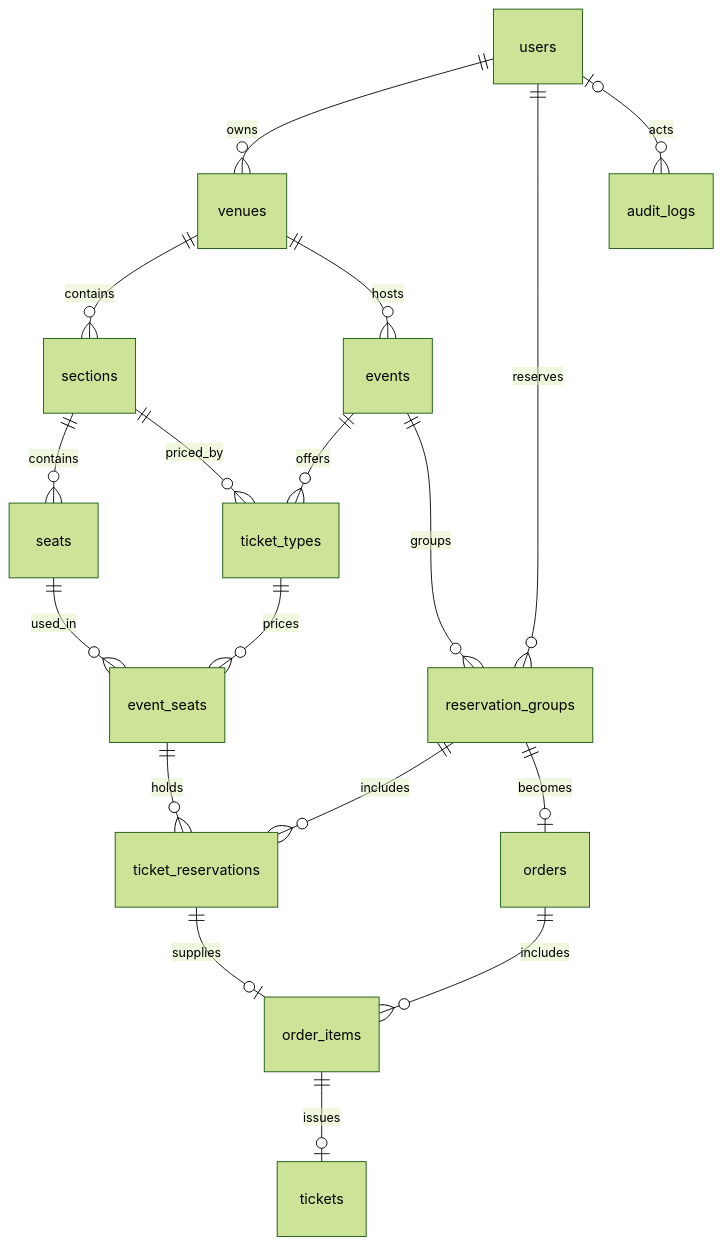
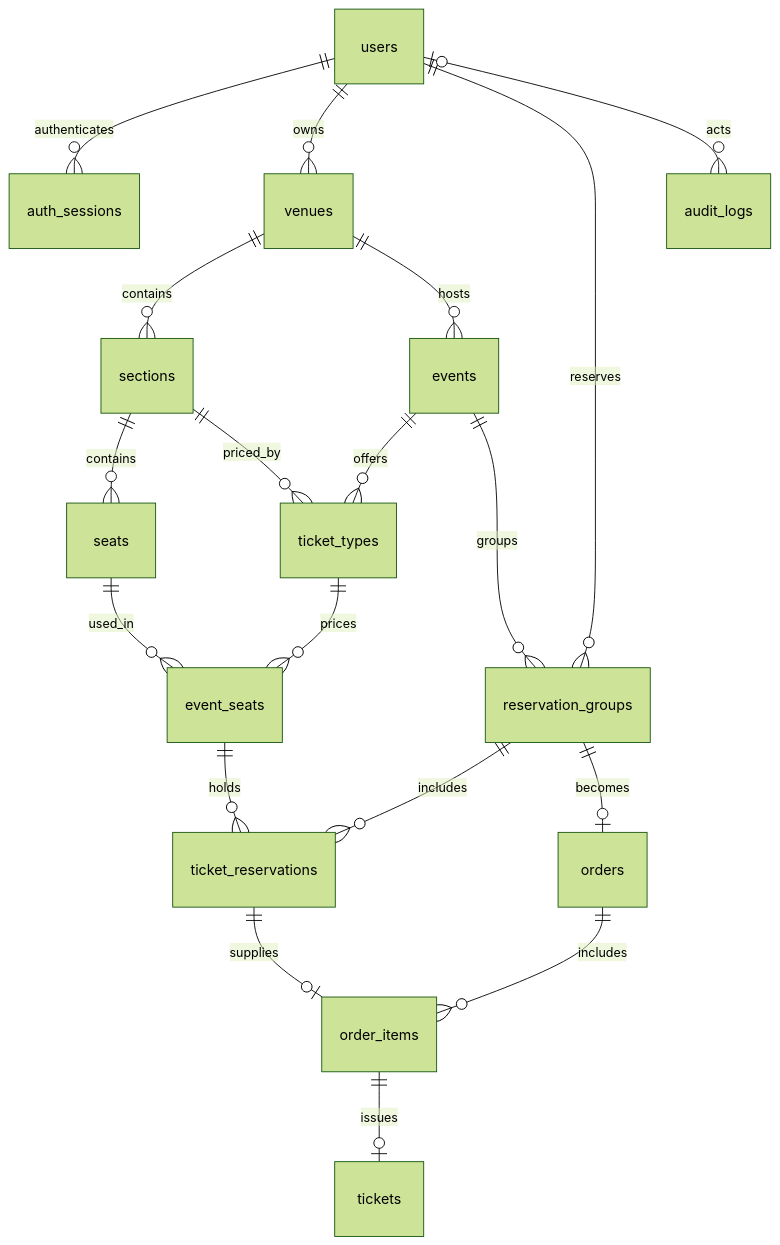
One commit to Nurassyl28/ticketflow changed the diagram in docs/database.md. Above: the diagram before and after it, drawn with Mermaid (forest theme). The commit also changed other lines of this file and 21 other files, not shown here.

````diff
--- a/docs/database.md
+++ b/docs/database.md
@@ -24,20 +25,21 @@
 ```mermaid
 erDiagram
+    users ||--o{ auth_sessions : authenticates
     users ||--o{ venues : owns
     venues ||--o{ sections : contains
     sections ||--o{ seats : contains
     venues ||--o{ events : hosts
     events ||--o{ ticket_types : offers
     sections ||--o{ ticket_types : priced_by
     seats ||--o{ event_seats : used_in
     ticket_types ||--o{ event_seats : prices
     users ||--o{ reservation_groups : reserves
     events ||--o{ reservation_groups : groups
     reservation_groups ||--o{ ticket_reservations : includes
     event_seats ||--o{ ticket_reservations : holds
     reservation_groups ||--o| orders : becomes
     orders ||--o{ order_items : includes
     ticket_reservations ||--o| order_items : supplies
     order_items ||--o| tickets : issues
     users o|--o{ audit_logs : acts
 ```
````
